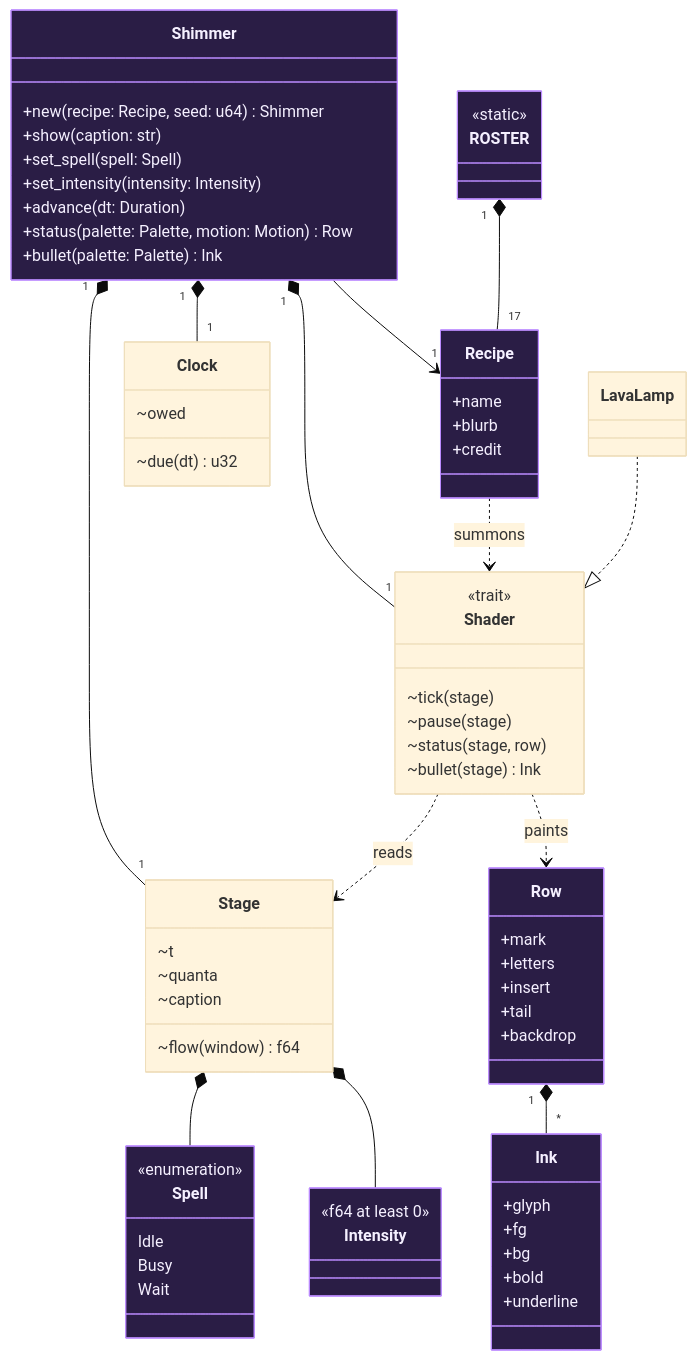
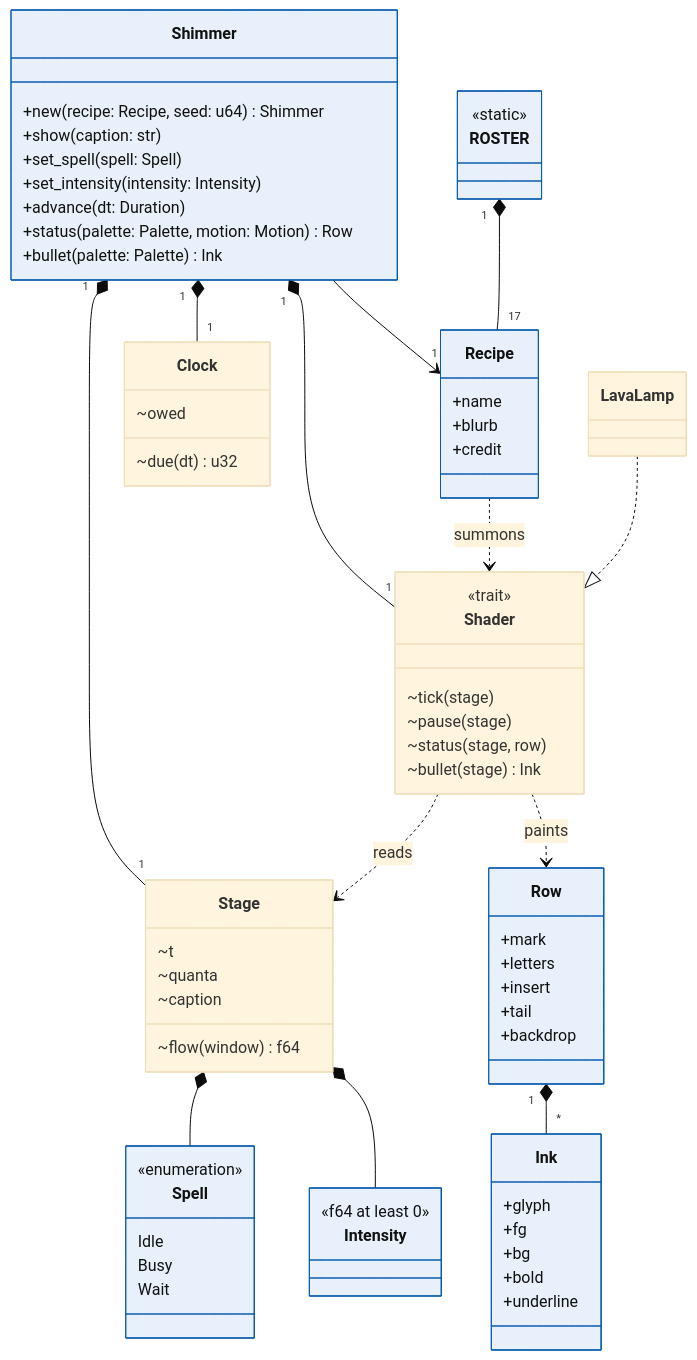
Before and after one commit to aoaoaoaoaoaoaoaoaoaoaoaoaoaoaoaoaoaoaoa/libshimmer: the third of 5 diagrams in design/DESIGN.md, drawn with Mermaid (base theme). The commit also changed other lines of this file and 3 other files, not shown here.

````diff
--- a/design/DESIGN.md
+++ b/design/DESIGN.md
@@ -128,81 +131,81 @@
 ```mermaid
 classDiagram
   direction TB
   class Shimmer {
     +new(recipe: Recipe, seed: u64) Shimmer
     +show(caption: str)
     +set_spell(spell: Spell)
     +set_intensity(intensity: Intensity)
     +advance(dt: Duration)
     +status(palette: Palette, motion: Motion) Row
     +bullet(palette: Palette) Ink
   }
   class Recipe {
     +name
     +blurb
     +credit
   }
   class ROSTER {
     <<static>>
   }
   class Spell {
     <<enumeration>>
     Idle
     Busy
     Wait
   }
   class Intensity {
     <<f64 at least 0>>
   }
   class Row {
     +mark
     +letters
     +insert
     +tail
     +backdrop
   }
   class Ink {
     +glyph
     +fg
     +bg
     +bold
     +underline
   }
   class Shader {
     <<trait>>
     ~tick(stage)
     ~pause(stage)
     ~status(stage, row)
     ~bullet(stage) Ink
   }
   class Stage {
     ~t
     ~quanta
     ~caption
     ~flow(window) f64
   }
   class Clock {
     ~owed
     ~due(dt) u32
   }
   class LavaLamp
   Shimmer "1" *-- "1" Clock
   Shimmer "1" *-- "1" Stage
   Shimmer "1" *-- "1" Shader
   Shimmer --> "1" Recipe
   ROSTER "1" *-- "17" Recipe
   Recipe ..> Shader : summons
   LavaLamp ..|> Shader
   Shader ..> Stage : reads
   Shader ..> Row : paints
   Row "1" *-- "*" Ink
   Stage *-- Spell
   Stage *-- Intensity
-  style Shimmer fill:#2a1d45,stroke:#bc8cff,color:#f5f0ff
-  style Recipe fill:#2a1d45,stroke:#bc8cff,color:#f5f0ff
-  style ROSTER fill:#2a1d45,stroke:#bc8cff,color:#f5f0ff
-  style Spell fill:#2a1d45,stroke:#bc8cff,color:#f5f0ff
-  style Intensity fill:#2a1d45,stroke:#bc8cff,color:#f5f0ff
-  style Row fill:#2a1d45,stroke:#bc8cff,color:#f5f0ff
-  style Ink fill:#2a1d45,stroke:#bc8cff,color:#f5f0ff
+  style Shimmer fill:#e8f1fb,stroke:#0b5cad,color:#111
+  style Recipe fill:#e8f1fb,stroke:#0b5cad,color:#111
+  style ROSTER fill:#e8f1fb,stroke:#0b5cad,color:#111
+  style Spell fill:#e8f1fb,stroke:#0b5cad,color:#111
+  style Intensity fill:#e8f1fb,stroke:#0b5cad,color:#111
+  style Row fill:#e8f1fb,stroke:#0b5cad,color:#111
+  style Ink fill:#e8f1fb,stroke:#0b5cad,color:#111
 ```
````
